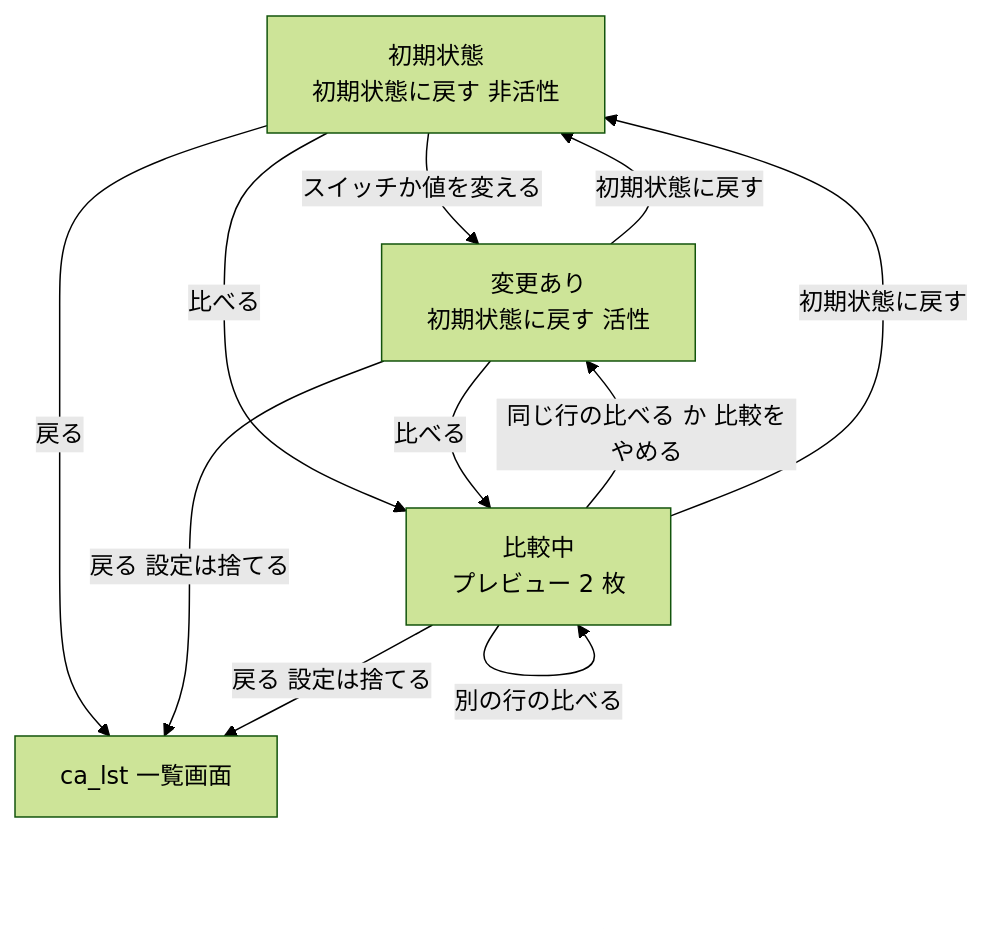
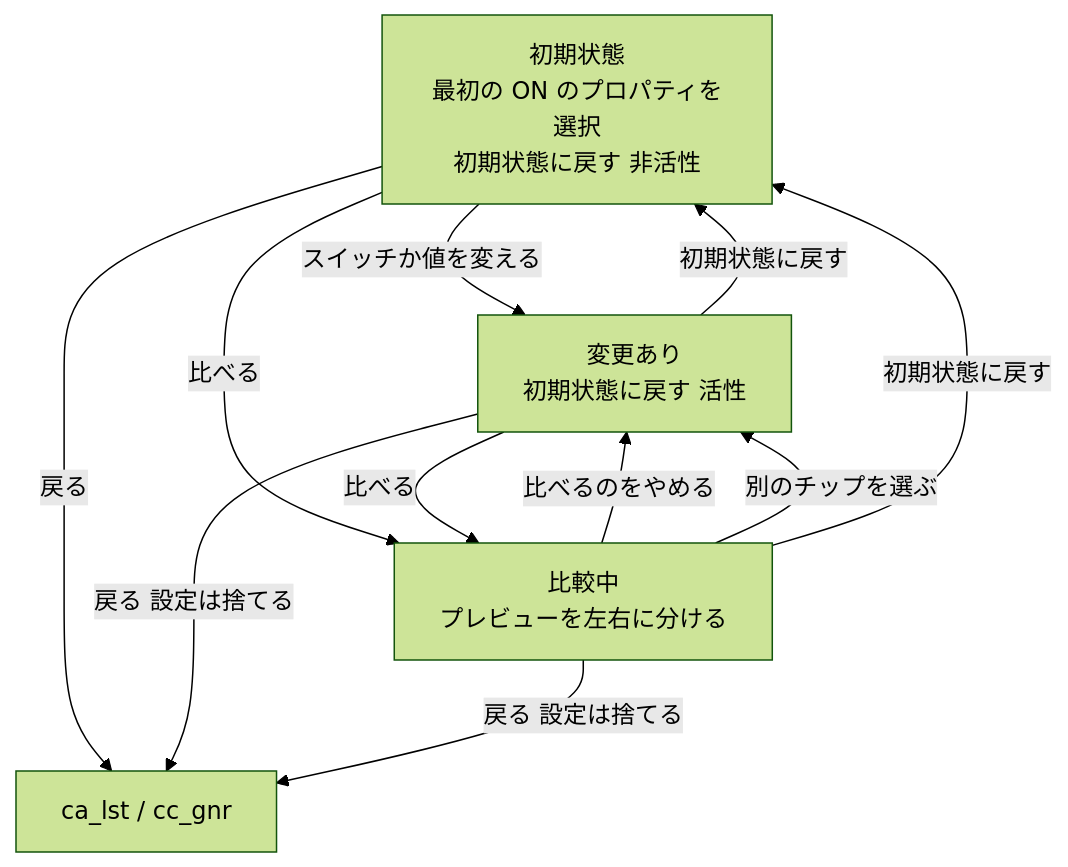
One commit to masa-futa/widget-lab changed the second of 2 diagrams in docs/design/screens/cb_dtl_詳細画面.md. Above: the diagram before and after it, drawn with Mermaid (forest theme). The commit also changed other lines of this file and 9 other files, not shown here.

````diff
--- a/docs/design/screens/cb_dtl_詳細画面.md
+++ b/docs/design/screens/cb_dtl_詳細画面.md
@@ -96,17 +93,17 @@
 ```mermaid
 flowchart TB
-    initial["初期状態<br/>初期状態に戻す 非活性"]
+    initial["初期状態<br/>最初の ON のプロパティを選択<br/>初期状態に戻す 非活性"]
     modified["変更あり<br/>初期状態に戻す 活性"]
-    comparing["比較中<br/>プレビュー 2 枚"]
-    list["ca_lst 一覧画面"]
+    comparing["比較中<br/>プレビューを左右に分ける"]
+    back["ca_lst / cc_gnr"]
     initial -- スイッチか値を変える --> modified
     initial -- 比べる --> comparing
     modified -- 比べる --> comparing
-    comparing -- 同じ行の比べる か 比較をやめる --> modified
-    comparing -- 別の行の比べる --> comparing
+    comparing -- 比べるのをやめる --> modified
+    comparing -- 別のチップを選ぶ --> modified
     modified -- 初期状態に戻す --> initial
     comparing -- 初期状態に戻す --> initial
-    initial -- 戻る --> list
-    modified -- 戻る 設定は捨てる --> list
-    comparing -- 戻る 設定は捨てる --> list
+    initial -- 戻る --> back
+    modified -- 戻る 設定は捨てる --> back
+    comparing -- 戻る 設定は捨てる --> back
 ```
````
